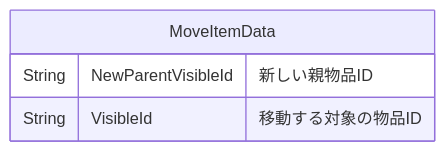
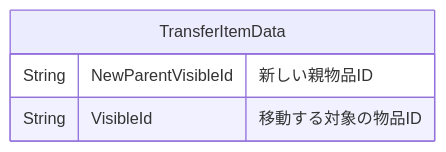
Before and after one commit to sohosai/dashi: the ninth of 15 diagrams in documents/endpoint.md, drawn with Mermaid. The commit also changed other lines of this file, not shown here.

````diff
--- a/documents/endpoint.md
+++ b/documents/endpoint.md
@@ -535,7 +537,7 @@
 ```mermaid
 erDiagram
-    MoveItemData {
+    TransferItemData {
         String NewParentVisibleId "新しい親物品ID"
         String VisibleId "移動する対象の物品ID"
     }
 ```
````
